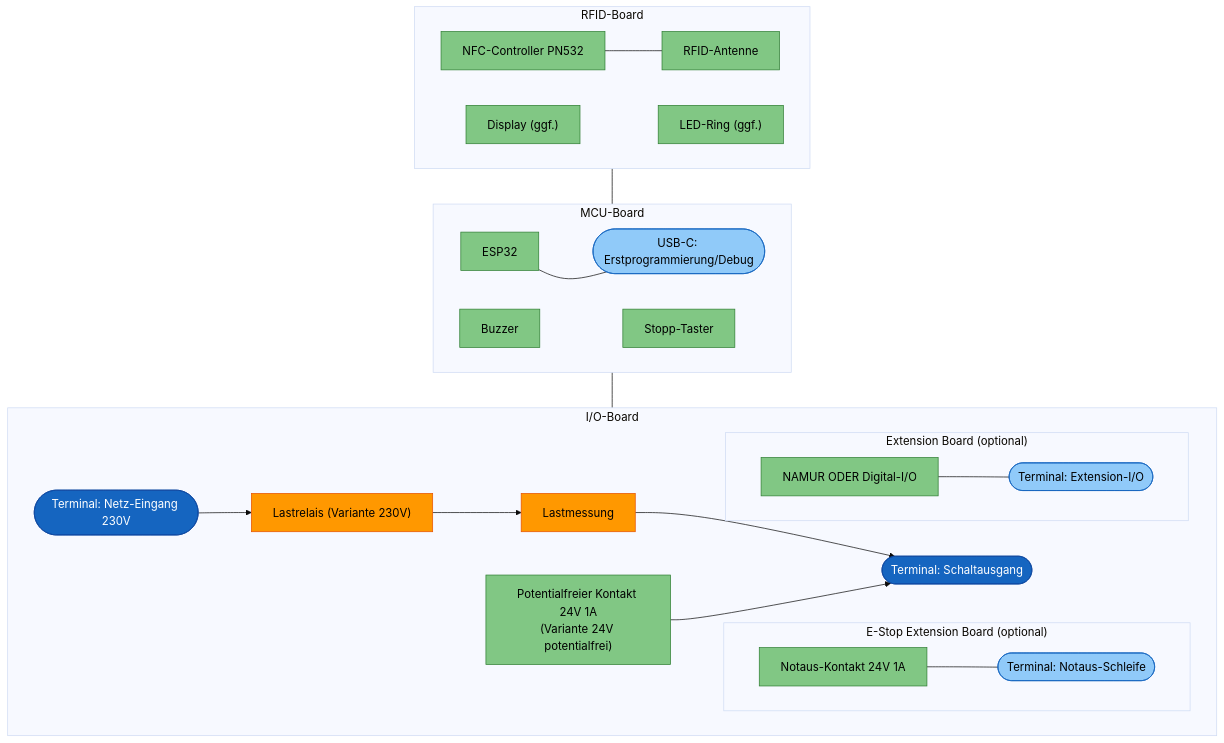
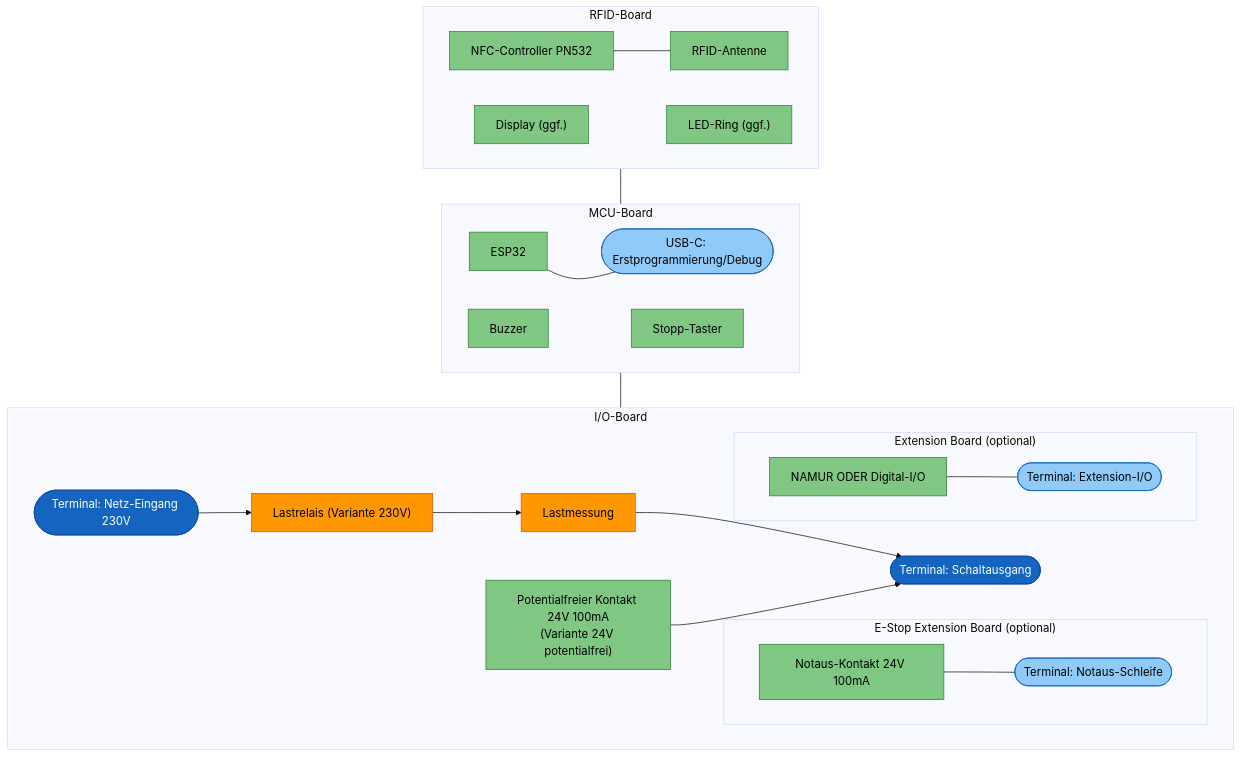
One commit to FREILab/easyVerwaltungHardware changed the first of 3 diagrams in hardware/projects/RFID_BOX/README.md. Above: the diagram before and after it, drawn with Mermaid (base theme). The commit also changed other lines of this file and 1 other file, not shown here.

````diff
--- a/hardware/projects/RFID_BOX/README.md
+++ b/hardware/projects/RFID_BOX/README.md
@@ -74,67 +74,67 @@
 ```mermaid
 flowchart TB
     subgraph IO["I/O-Board"]
         direction LR
         NETZ([Terminal: Netz-Eingang 230V])
         OUT([Terminal: Schaltausgang])
         REL["Lastrelais (Variante 230V)"]
-        POTFREI["Potentialfreier Kontakt 24V 1A<br/>(Variante 24V potentialfrei)"]
+        POTFREI["Potentialfreier Kontakt 24V 100mA<br/>(Variante 24V potentialfrei)"]
         MESS[Lastmessung]
 
         NETZ --> REL --> MESS --> OUT
         POTFREI --> OUT
 
         subgraph ESTOP["E-Stop Extension Board (optional)"]
             direction LR
-            K3[Notaus-Kontakt 24V 1A]
+            K3[Notaus-Kontakt 24V 100mA]
             ESTOP_T([Terminal: Notaus-Schleife])
             K3 --- ESTOP_T
         end
 
         subgraph EXT["Extension Board (optional)"]
             direction LR
             EXTIO[NAMUR ODER Digital-I/O]
             IO_T([Terminal: Extension-I/O])
             EXTIO --- IO_T
         end
         
     end
 
     subgraph MCU["MCU-Board"]
         direction LR
         ESP[ESP32]
         BUZ[Buzzer]
         STOP[Stopp-Taster]
         USB([USB-C: Erstprogrammierung/Debug])
 
         ESP ~~~ USB
         BUZ ~~~ STOP
 
         ESP --- USB
     end
 
     subgraph RFID["RFID-Board"]
         direction LR
         NFC[NFC-Controller PN532]
         ANT[RFID-Antenne]
         DISP["Display (ggf.)"]
         RING["LED-Ring (ggf.)"]
 
         NFC --- ANT
 
         DISP ~~~ RING
     end
 
     RFID --- MCU
     MCU --- IO
 
     classDef term230 fill:#1565c0,color:#fff,stroke:#0d47a1
     classDef termSELV fill:#90caf9,color:#000,stroke:#1565c0
     classDef part230 fill:#ff9800,color:#000,stroke:#e65100
     classDef partSELV fill:#81c784,color:#000,stroke:#2e7d32
 
     class NETZ,OUT term230
     class ESTOP_T,IO_T,USB termSELV
     class REL,MESS part230
     class POTFREI,K3,EXTIO,ESP,BUZ,STOP,NFC,ANT,DISP,RING partSELV
 ```
````
